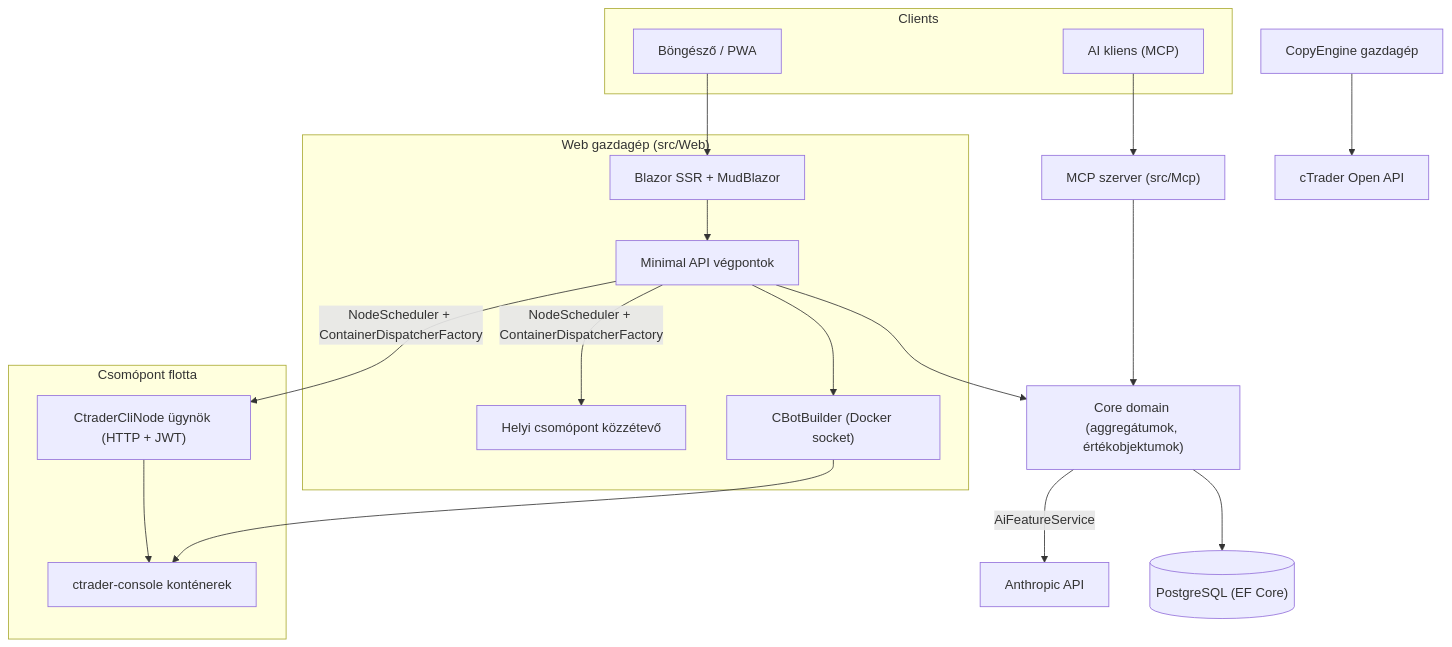
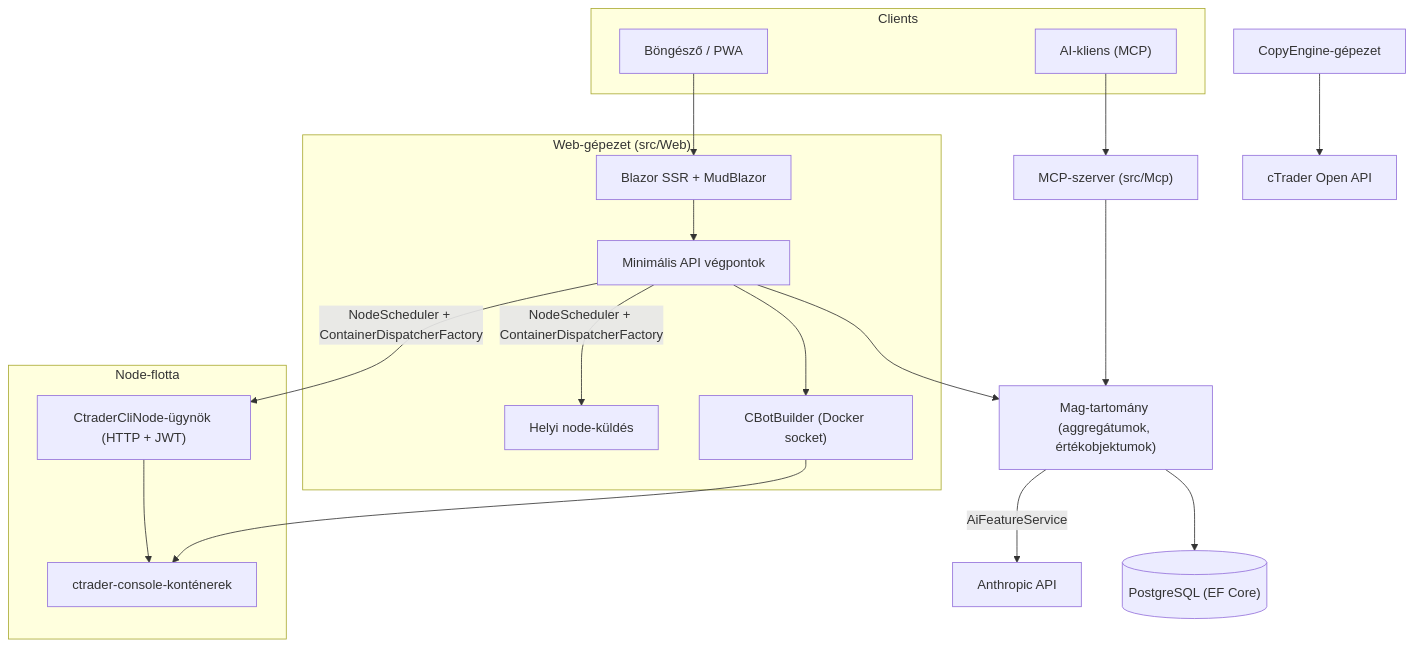
One commit to amusleh-spotware-com/cmind changed the diagram in website/i18n/hu/docusaurus-plugin-content-docs/current/architecture.md. Above: the diagram before and after it, drawn with Mermaid. The commit also changed other lines of this file and 399 other files, not shown here.

````diff
--- a/website/i18n/hu/docusaurus-plugin-content-docs/current/architecture.md
+++ b/website/i18n/hu/docusaurus-plugin-content-docs/current/architecture.md
@@ -29,37 +29,37 @@
 ```mermaid
 flowchart TB
     subgraph Clients
         Browser["Böngésző / PWA"]
-        AiClient["AI kliens (MCP)"]
+        AiClient["AI-kliens (MCP)"]
     end
 
-    subgraph WebHost["Web gazdagép (src/Web)"]
+    subgraph WebHost["Web-gépezet (src/Web)"]
         UI["Blazor SSR + MudBlazor"]
-        Api["Minimal API végpontok"]
+        Api["Minimális API végpontok"]
         Builder["CBotBuilder (Docker socket)"]
-        LocalNode["Helyi csomópont közzétevő"]
+        LocalNode["Helyi node-küldés"]
     end
 
-    Mcp["MCP szerver (src/Mcp)"]
-    Core["Core domain (aggregátumok, értékobjektumok)"]
+    Mcp["MCP-szerver (src/Mcp)"]
+    Core["Mag-tartomány (aggregátumok, értékobjektumok)"]
     Db[("PostgreSQL (EF Core)")]
 
-    subgraph Fleet["Csomópont flotta"]
-        ExtNode["CtraderCliNode ügynök (HTTP + JWT)"]
-        Docker["ctrader-console konténerek"]
+    subgraph Fleet["Node-flotta"]
+        ExtNode["CtraderCliNode-ügynök (HTTP + JWT)"]
+        Docker["ctrader-console-konténerek"]
     end
 
-    Copy["CopyEngine gazdagép"]
+    Copy["CopyEngine-gépezet"]
     OpenApi["cTrader Open API"]
     Anthropic["Anthropic API"]
 
     Browser --> UI --> Api
     AiClient --> Mcp --> Core
     Api --> Core
     Core --> Db
     Api --> Builder --> Docker
     Api -->|NodeScheduler + ContainerDispatcherFactory| LocalNode & ExtNode
     ExtNode --> Docker
     Copy --> OpenApi
     Core -->|AiFeatureService| Anthropic
 ```
````
